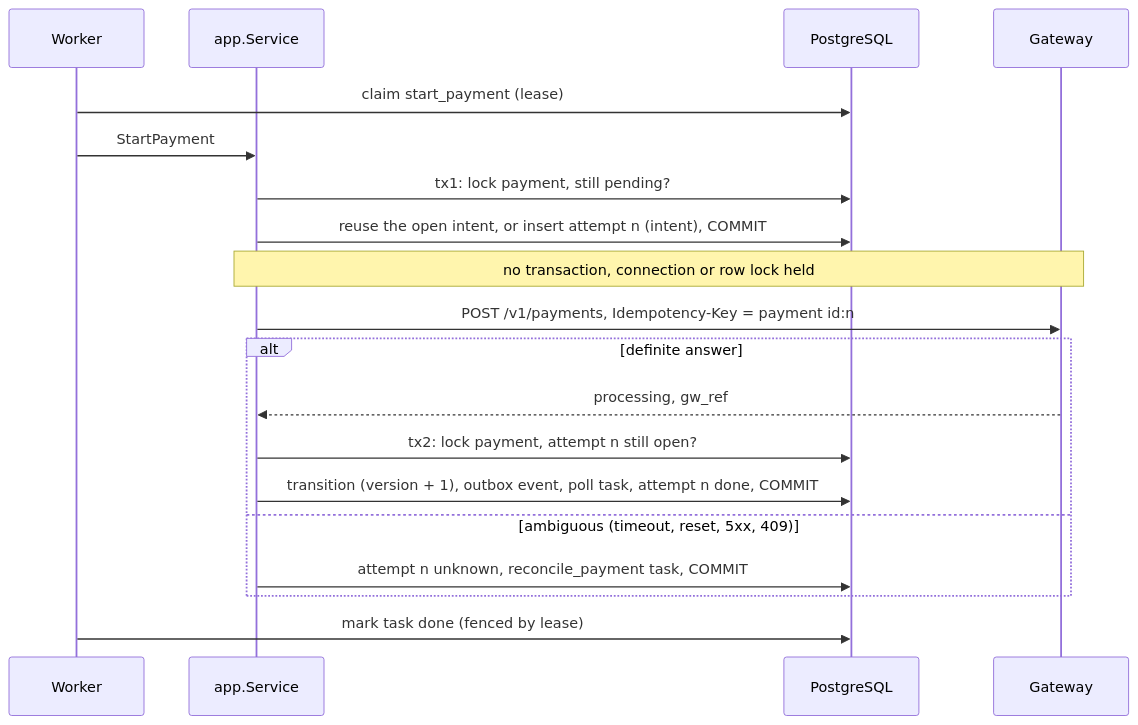
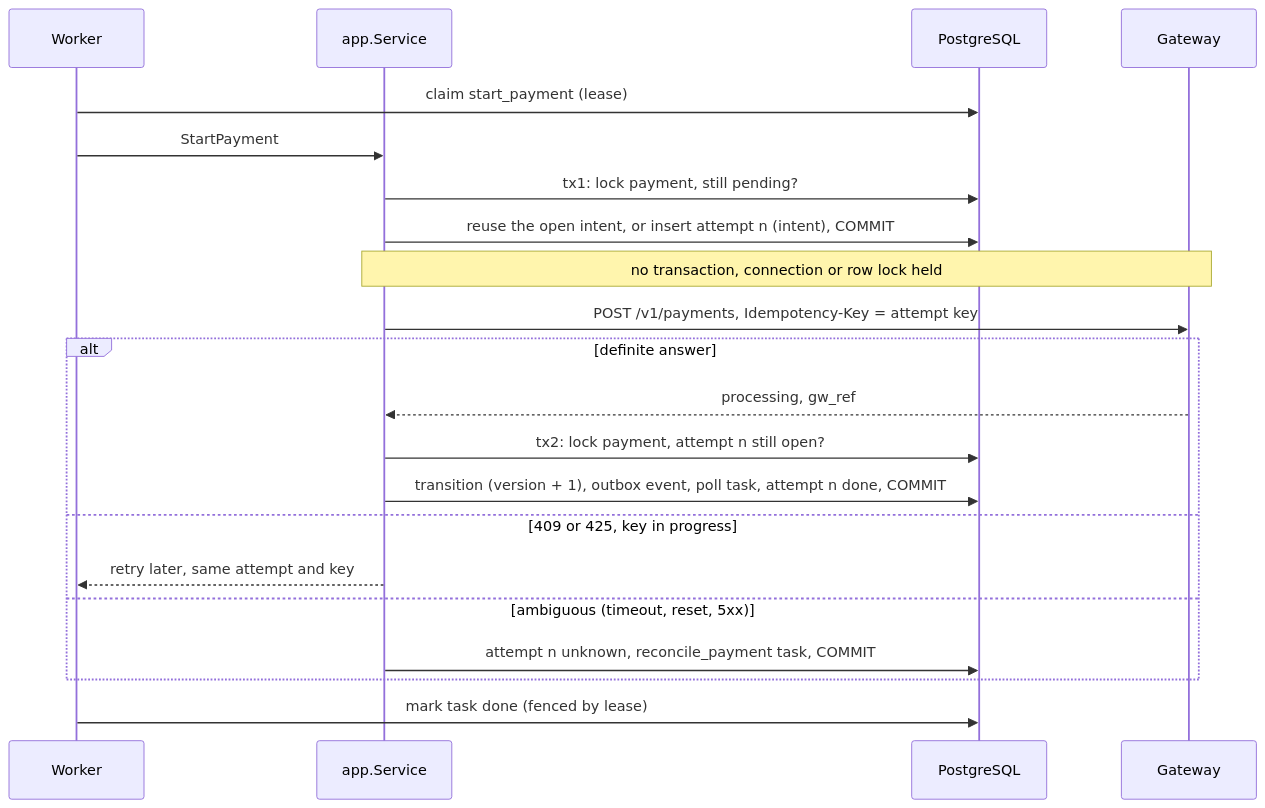
The fifth of 11 diagrams in docs/ARCHITECTURE.md (aleksbeloushkin-srb/go-payments-reference), drawn with Mermaid before and after one commit. The commit also changed other lines of this file and 7 other files, not shown here.

````diff
--- a/docs/ARCHITECTURE.md
+++ b/docs/ARCHITECTURE.md
@@ -190,21 +190,23 @@
 ```mermaid
 sequenceDiagram
     participant W as Worker
     participant S as app.Service
     participant DB as PostgreSQL
     participant G as Gateway
     W->>DB: claim start_payment (lease)
     W->>S: StartPayment
     S->>DB: tx1: lock payment, still pending?
     S->>DB: reuse the open intent, or insert attempt n (intent), COMMIT
     Note over S,G: no transaction, connection or row lock held
-    S->>G: POST /v1/payments, Idempotency-Key = payment id:n
+    S->>G: POST /v1/payments, Idempotency-Key = attempt key
     alt definite answer
         G-->>S: processing, gw_ref
         S->>DB: tx2: lock payment, attempt n still open?
         S->>DB: transition (version + 1), outbox event, poll task, attempt n done, COMMIT
-    else ambiguous (timeout, reset, 5xx, 409)
+    else 409 or 425, key in progress
+        S-->>W: retry later, same attempt and key
+    else ambiguous (timeout, reset, 5xx)
         S->>DB: attempt n unknown, reconcile_payment task, COMMIT
     end
     W->>DB: mark task done (fenced by lease)
 ```
````
